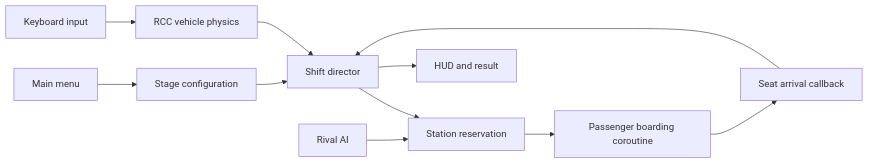
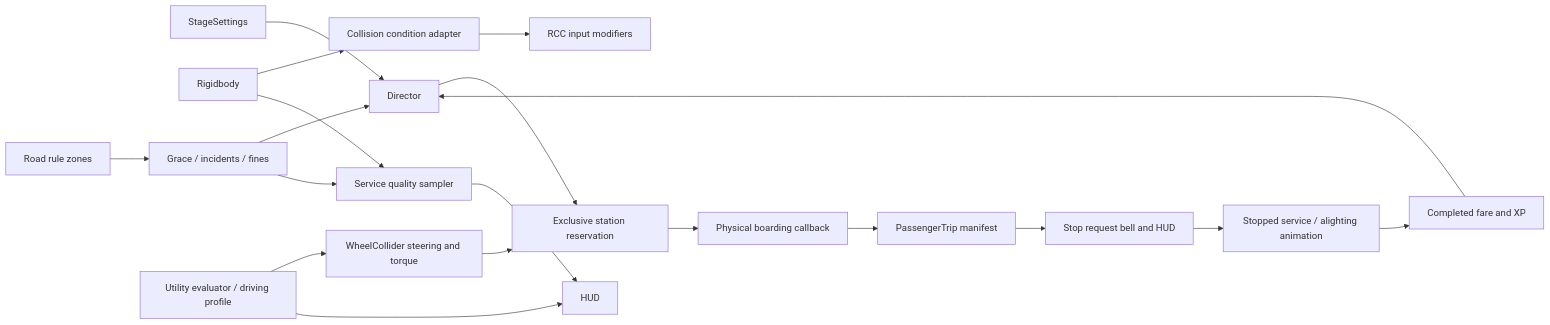
One commit to Lmapunzwana/kombi-shift changed the first of 3 diagrams in Docs/Assessment/DIAGRAMS.md. Above: the diagram before and after it, drawn with Mermaid. The commit also changed other lines of this file and 67 other files, not shown here.

````diff
--- a/Docs/Assessment/DIAGRAMS.md
+++ b/Docs/Assessment/DIAGRAMS.md
@@ -4,13 +3,21 @@
 ```mermaid
 flowchart LR
- Menu[Main menu] --> Challenge[Stage configuration]
- Challenge --> Director[Shift director]
- Director --> Station[Station reservation]
- Station --> Passenger[Passenger boarding coroutine]
- Passenger --> Callback[Seat arrival callback]
- Callback --> Director
- Director --> HUD[HUD and result]
- Input[Keyboard input] --> RCC[RCC vehicle physics]
- RCC --> Director
- Rival[Rival AI] --> Station
+ Stage[StageSettings] --> Director
+ Director --> Station[Exclusive station reservation]
+ Station --> Character[Physical boarding callback]
+ Character --> Trip[PassengerTrip manifest]
+ Trip --> Request[Stop request bell and HUD]
+ Request --> Alight[Stopped service / alighting animation]
+ Alight --> Fare[Completed fare and XP]
+ Fare --> Director
+ Rigidbody --> Condition[Collision condition adapter]
+ Condition --> RCC[RCC input modifiers]
+ Rigidbody --> Quality[Service quality sampler]
+ Zone[Road rule zones] --> Law[Grace / incidents / fines]
+ Law --> Director
+ Law --> Quality
+ Quality --> HUD
+ Rival[Utility evaluator / driving profile] --> Wheel[WheelCollider steering and torque]
+ Wheel --> Station
+ Rival --> HUD
 ```
````
